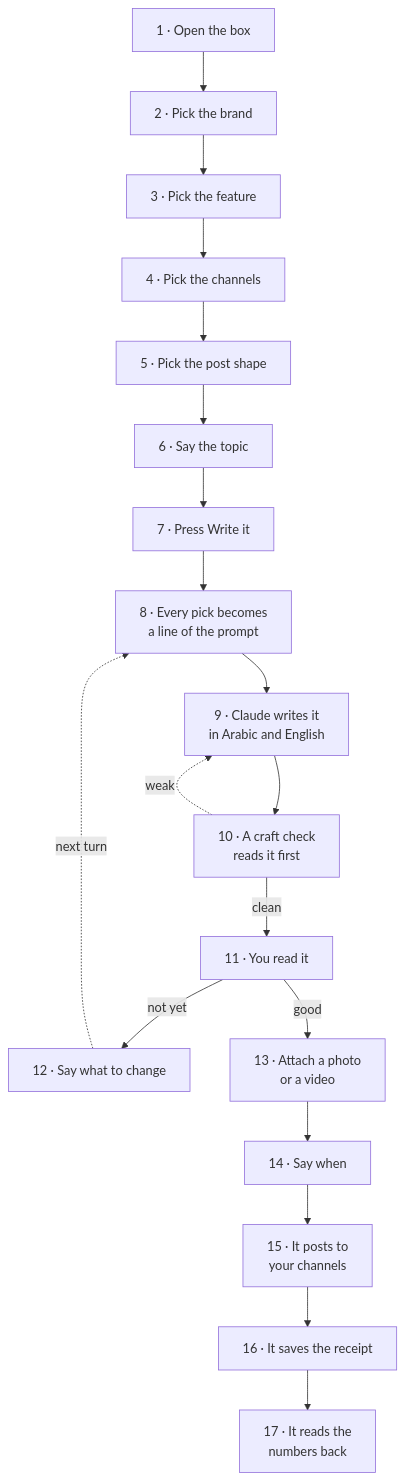
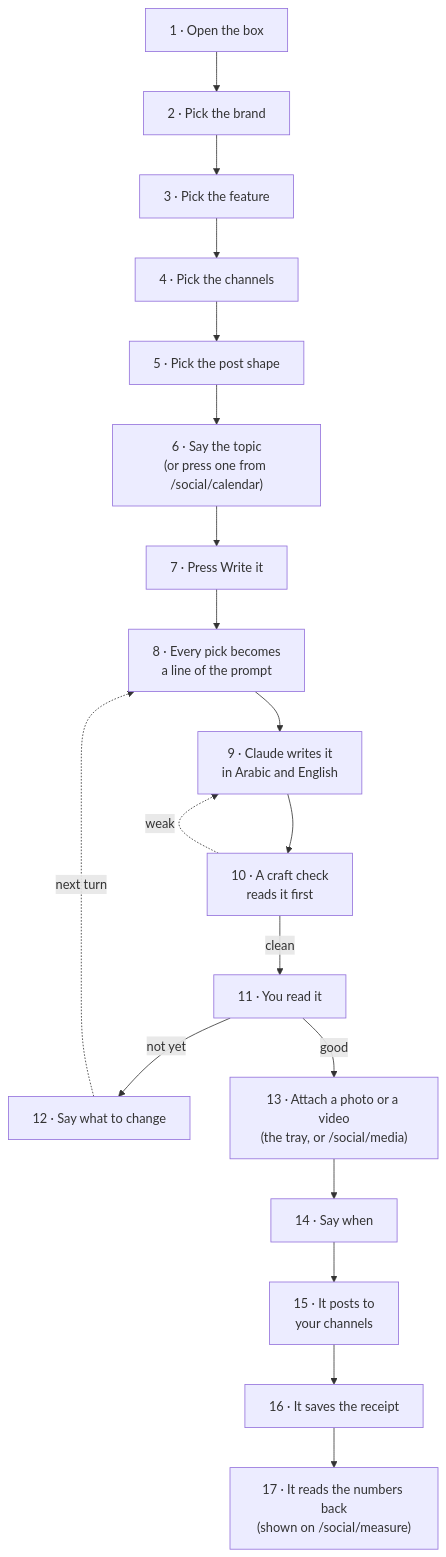
The second of 3 diagrams in content/docs/social/index.mdx (databayt/kun), drawn with Mermaid before and after one commit. The commit also changed other lines of this file, not shown here.

First line of the commit message:
docs(social): the pages you actually visit, before the steps inside one

````diff
--- a/content/docs/social/index.mdx
+++ b/content/docs/social/index.mdx
@@ -16,27 +50,27 @@
 ```mermaid
 graph TD
     S1["1 · Open the box"]
     S2["2 · Pick the brand"]
     S3["3 · Pick the feature"]
     S4["4 · Pick the channels"]
     S5["5 · Pick the post shape"]
-    S6["6 · Say the topic"]
+    S6["6 · Say the topic<br/>(or press one from /social/calendar)"]
     S7["7 · Press Write it"]
     S8["8 · Every pick becomes<br/>a line of the prompt"]
     S9["9 · Claude writes it<br/>in Arabic and English"]
     S10["10 · A craft check<br/>reads it first"]
     S11["11 · You read it"]
     S12["12 · Say what to change"]
-    S13["13 · Attach a photo<br/>or a video"]
+    S13["13 · Attach a photo or a video<br/>(the tray, or /social/media)"]
     S14["14 · Say when"]
     S15["15 · It posts to<br/>your channels"]
     S16["16 · It saves the receipt"]
-    S17["17 · It reads the<br/>numbers back"]
+    S17["17 · It reads the numbers back<br/>(shown on /social/measure)"]
 
     S1 --> S2 --> S3 --> S4 --> S5 --> S6 --> S7 --> S8 --> S9 --> S10
     S10 -. "weak" .-> S9
     S10 -- "clean" --> S11
     S11 -- "not yet" --> S12
     S12 -. "next turn" .-> S8
     S11 -- "good" --> S13 --> S14 --> S15 --> S16 --> S17
 ```
````
